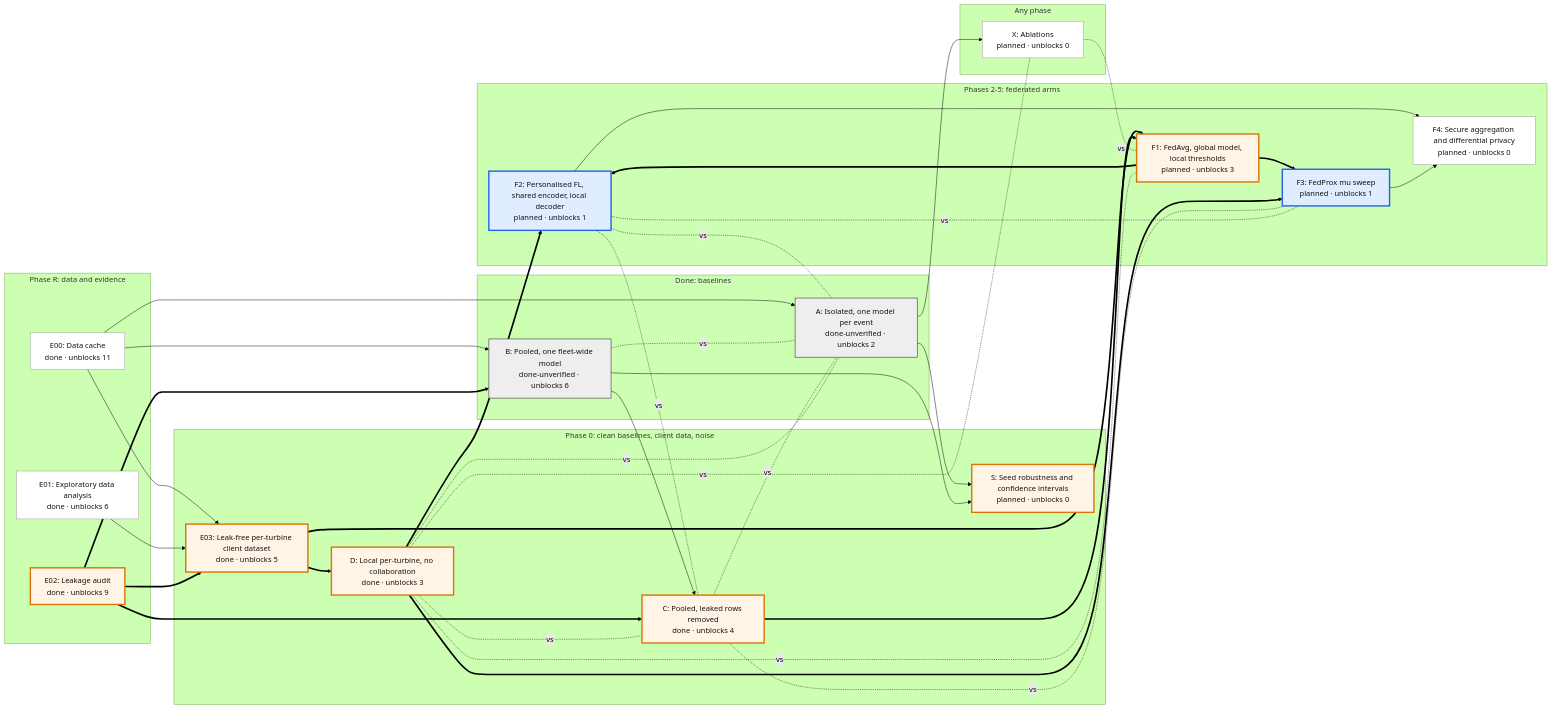
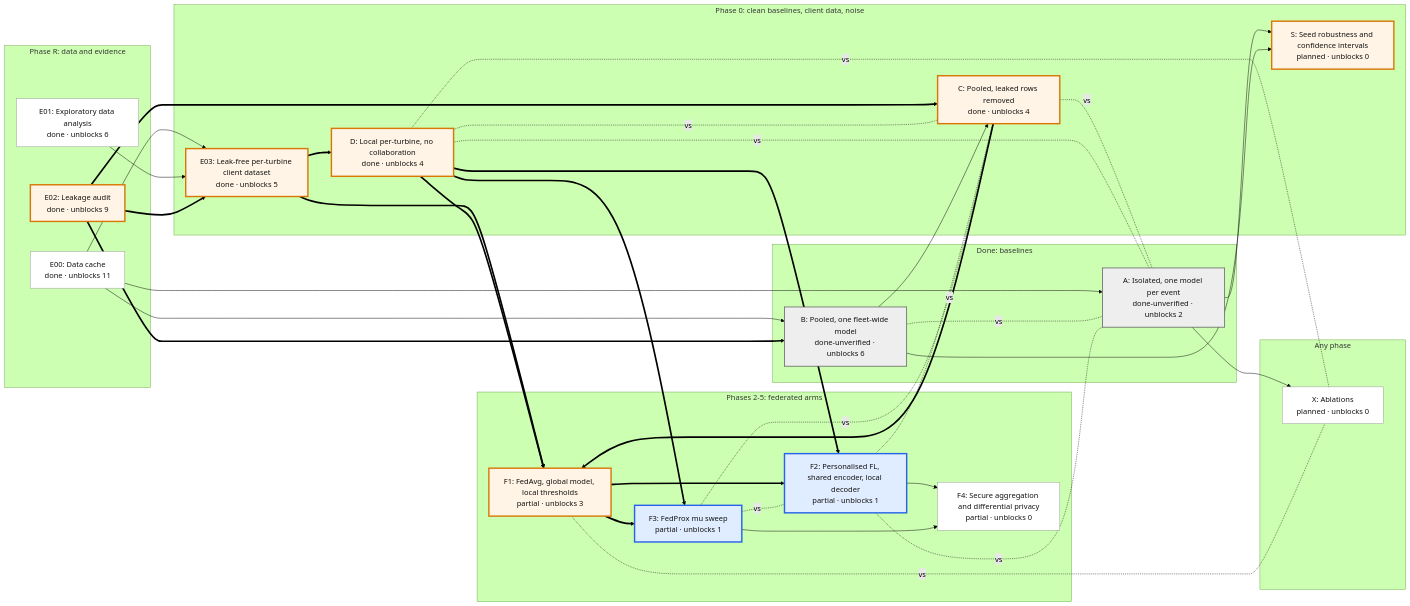
One commit to PranavMundhra/Wind-Turbine changed the diagram in docs/experiments/EXPERIMENT_GRAPH.md. Above: the diagram before and after it, drawn with Mermaid (forest theme). The commit also changed 34 other files, not shown here.

````diff
--- a/docs/experiments/EXPERIMENT_GRAPH.md
+++ b/docs/experiments/EXPERIMENT_GRAPH.md
@@ -6,66 +6,66 @@
 ```mermaid
 flowchart LR
   subgraph lane_r["Phase R: data and evidence"]
     E00["E00: Data cache<br/>done · unblocks 11"]
     E01["E01: Exploratory data analysis<br/>done · unblocks 6"]
     E02["E02: Leakage audit<br/>done · unblocks 9"]
   end
   subgraph lane_done["Done: baselines"]
     A["A: Isolated, one model per event<br/>done-unverified · unblocks 2"]
     B["B: Pooled, one fleet-wide model<br/>done-unverified · unblocks 6"]
   end
   subgraph lane_0["Phase 0: clean baselines, client data, noise"]
     E03["E03: Leak-free per-turbine client dataset<br/>done · unblocks 5"]
     C["C: Pooled, leaked rows removed<br/>done · unblocks 4"]
-    D["D: Local per-turbine, no collaboration<br/>done · unblocks 3"]
+    D["D: Local per-turbine, no collaboration<br/>done · unblocks 4"]
     S["S: Seed robustness and confidence intervals<br/>planned · unblocks 0"]
   end
   subgraph lane_fl["Phases 2-5: federated arms"]
-    F1["F1: FedAvg, global model, local thresholds<br/>planned · unblocks 3"]
-    F2["F2: Personalised FL, shared encoder, local decoder<br/>planned · unblocks 1"]
-    F3["F3: FedProx mu sweep<br/>planned · unblocks 1"]
-    F4["F4: Secure aggregation and differential privacy<br/>planned · unblocks 0"]
+    F1["F1: FedAvg, global model, local thresholds<br/>partial · unblocks 3"]
+    F2["F2: Personalised FL, shared encoder, local decoder<br/>partial · unblocks 1"]
+    F3["F3: FedProx mu sweep<br/>partial · unblocks 1"]
+    F4["F4: Secure aggregation and differential privacy<br/>partial · unblocks 0"]
   end
   subgraph lane_any["Any phase"]
     X["X: Ablations<br/>planned · unblocks 0"]
   end
   E00 --> E03
   E01 --> E03
   E02 ==> E03
   E00 --> A
   E00 --> B
   E02 ==> B
   B --> C
   E02 ==> C
   E03 ==> D
   E03 ==> F1
   C ==> F1
+  D ==> F1
   F1 ==> F2
   D ==> F2
   F1 ==> F3
   D ==> F3
   F2 --> F4
   F3 --> F4
   A --> S
   B --> S
   A --> X
   B -.-|vs| A
   C -.-|vs| A
   D -.-|vs| A
   D -.-|vs| C
-  F1 -.-|vs| D
   F2 -.-|vs| C
   F2 -.-|vs| A
   F3 -.-|vs| C
   F3 -.-|vs| F2
   X -.-|vs| D
   X -.-|vs| F1
   classDef gate fill:#fff4e5,stroke:#d97706,stroke-width:3px,color:#111
   classDef headline fill:#e0ecff,stroke:#2563eb,stroke-width:3px,color:#111
   classDef baseline fill:#eeeeee,stroke:#555,stroke-width:1.5px,color:#111
   classDef supporting fill:#ffffff,stroke:#999,stroke-width:1px,color:#111
   class E02,E03,C,D,F1,S gate
   class F2,F3 headline
   class A,B baseline
   class E00,E01,F4,X supporting
 ```
````
